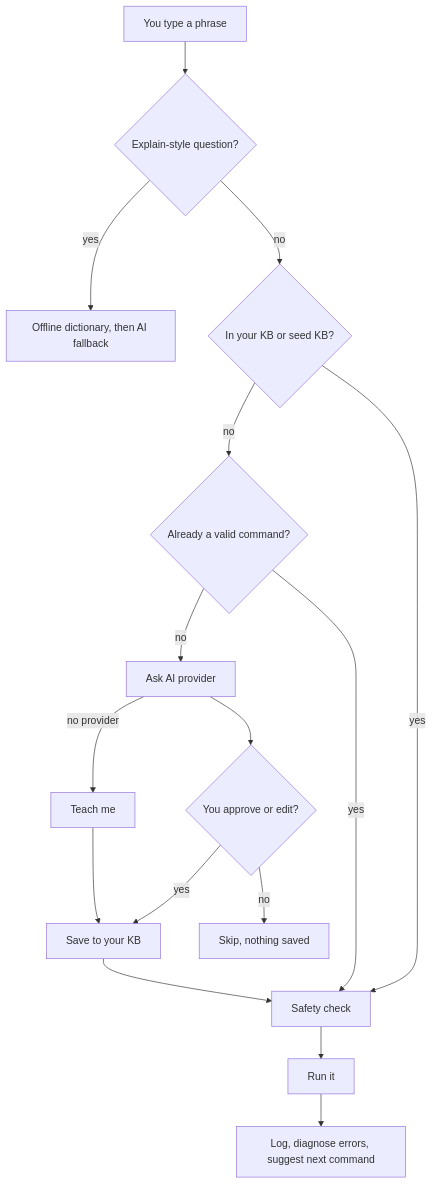
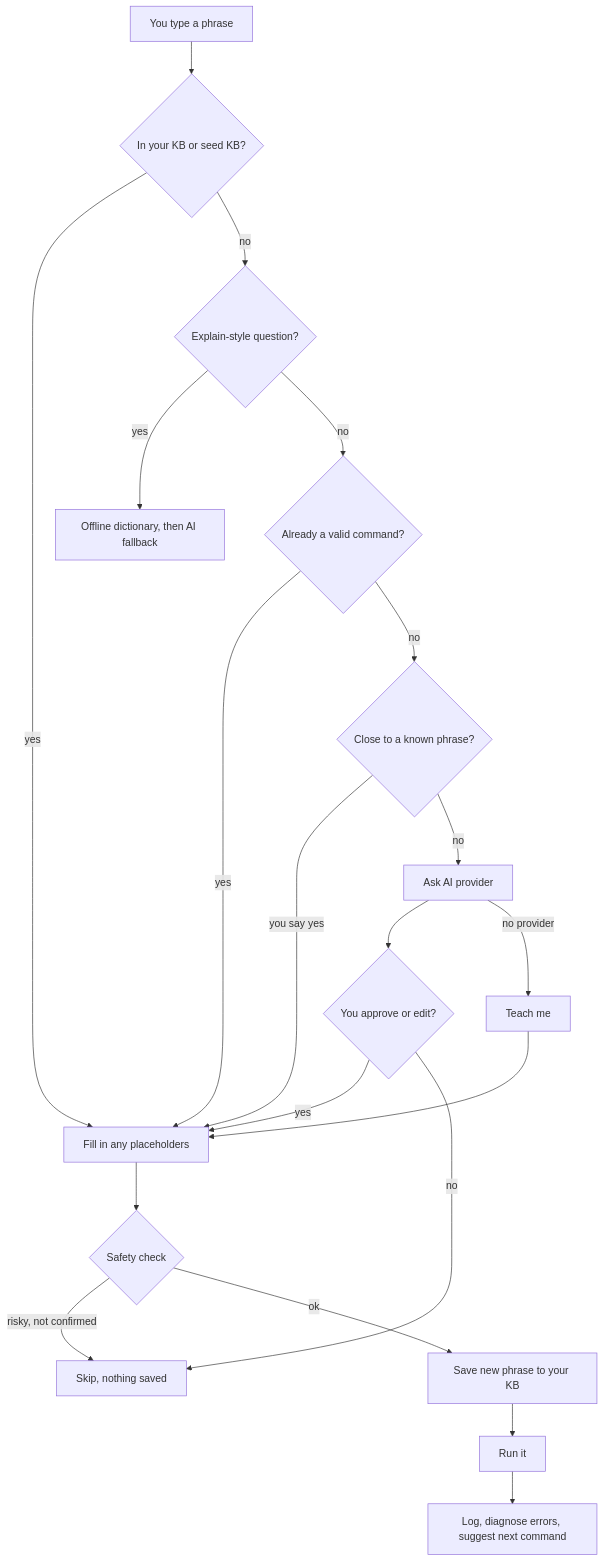
Before and after one commit to Sym-jay/clishe: the diagram in README.md, drawn with Mermaid. The commit also changed other lines of this file and 4 other files, not shown here.

````diff
--- a/README.md
+++ b/README.md
@@ -207,18 +268,22 @@
 ```mermaid
 flowchart TD
-    A["You type a phrase"] --> B{"Explain-style question?"}
+    A["You type a phrase"] --> D{"In your KB or seed KB?"}
+    D -->|yes| P["Fill in any placeholders"]
+    D -->|no| B{"Explain-style question?"}
     B -->|yes| C["Offline dictionary, then AI fallback"]
-    B -->|no| D{"In your KB or seed KB?"}
-    D -->|yes| H["Safety check"]
-    D -->|no| E{"Already a valid command?"}
-    E -->|yes| H
-    E -->|no| F["Ask AI provider"]
+    B -->|no| E{"Already a valid command?"}
+    E -->|yes| P
+    E -->|no| M{"Close to a known phrase?"}
+    M -->|"you say yes"| P
+    M -->|no| F["Ask AI provider"]
     F --> G{"You approve or edit?"}
-    G -->|yes| S["Save to your KB"]
+    G -->|yes| P
     G -->|no| X["Skip, nothing saved"]
     F -->|no provider| T["Teach me"]
-    T --> S
-    S --> H
-    H --> I["Run it"]
+    T --> P
+    P --> H{"Safety check"}
+    H -->|"risky, not confirmed"| X
+    H -->|ok| S["Save new phrase to your KB"]
+    S --> I["Run it"]
     I --> J["Log, diagnose errors, suggest next command"]
 ```
````
